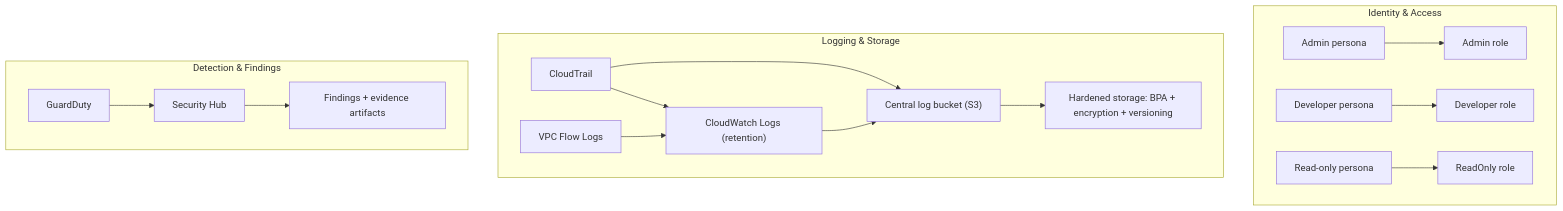
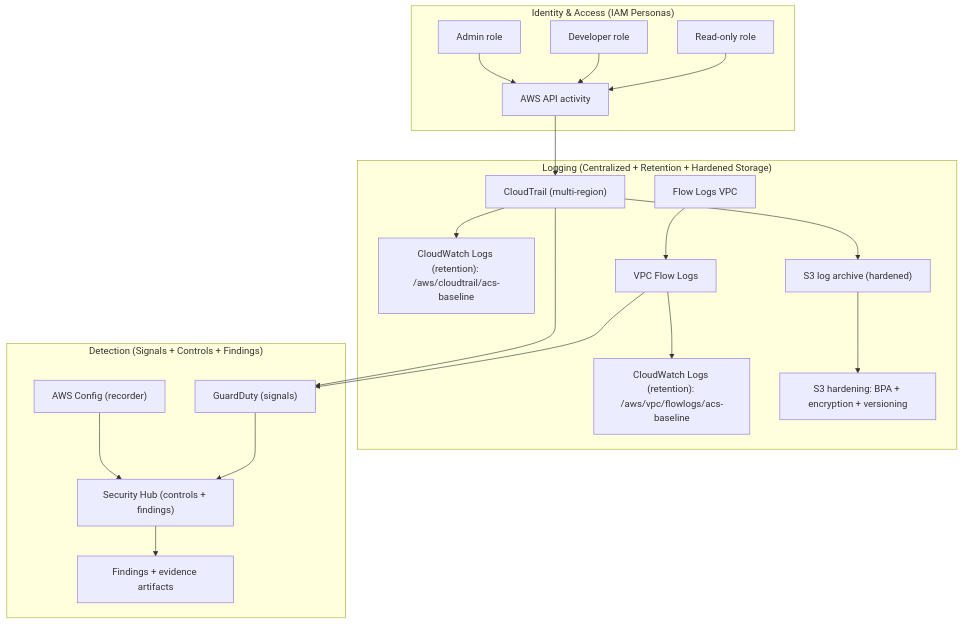
The diagram in diagrams/architecture.mmd (MrRedhu/aws-cloud-security-baseline), drawn with Mermaid before and after one commit. The commit also changed 21 other files, not shown here.

Commit message:
Portfolio hardening: reproducible demos, IAM gating, and S3 policy hardening

```diff
--- a/diagrams/architecture.mmd
+++ b/diagrams/architecture.mmd
@@ -1,19 +1,23 @@
 flowchart TB
-  subgraph Identity["Identity & Access"]
-    Admin["Admin persona"] --> AR["Admin role"]
-    Dev["Developer persona"] --> DR["Developer role"]
-    RO["Read-only persona"] --> RR["ReadOnly role"]
+  subgraph Identity["Identity & Access (IAM Personas)"]
+    Admin["Admin role"] --> API["AWS API activity"]
+    Dev["Developer role"] --> API
+    RO["Read-only role"] --> API
   end
 
-  subgraph Logging["Logging & Storage"]
-    CT["CloudTrail"] --> CWL["CloudWatch Logs (retention)"]
-    VPC["VPC Flow Logs"] --> CWL
-    CT --> S3["Central log bucket (S3)"]
-    CWL --> S3
-    S3 --> Hardened["Hardened storage: BPA + encryption + versioning"]
+  subgraph Logging["Logging (Centralized + Retention + Hardened Storage)"]
+    API --> CT["CloudTrail (multi-region)"]
+    CT --> CTLG["CloudWatch Logs (retention): /aws/cloudtrail/acs-baseline"]
+    CT --> S3["S3 log archive (hardened)"]
+    VPC["Flow Logs VPC"] --> FL["VPC Flow Logs"]
+    FL --> FLLG["CloudWatch Logs (retention): /aws/vpc/flowlogs/acs-baseline"]
+    S3 --> Hardened["S3 hardening: BPA + encryption + versioning"]
   end
 
-  subgraph Detection["Detection & Findings"]
-    GD["GuardDuty"] --> SH["Security Hub"]
+  subgraph Detection["Detection (Signals + Controls + Findings)"]
+    CT --> GD["GuardDuty (signals)"]
+    FL --> GD
+    CFG["AWS Config (recorder)"] --> SH["Security Hub (controls + findings)"]
+    GD --> SH
     SH --> Findings["Findings + evidence artifacts"]
   end
```
